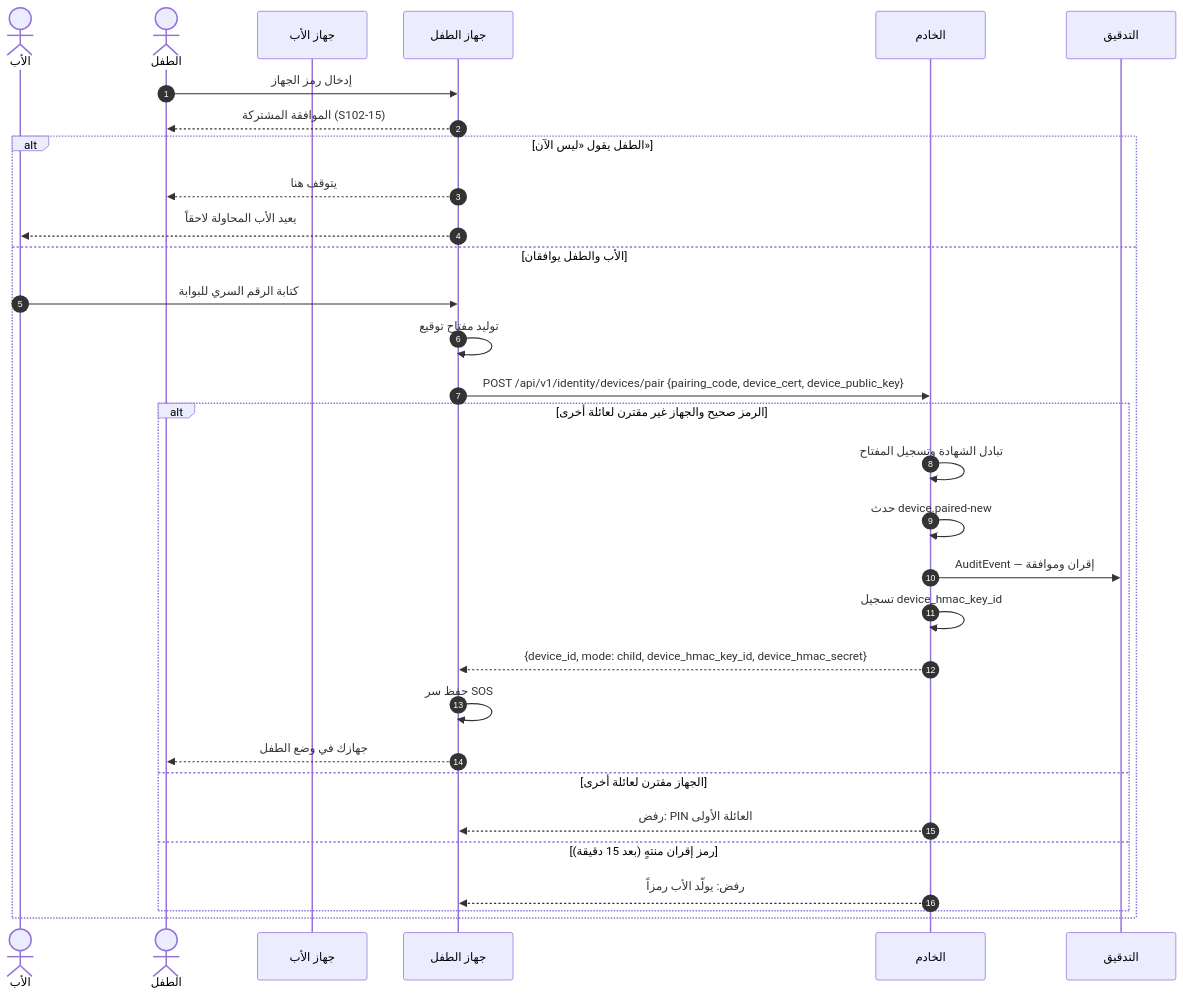
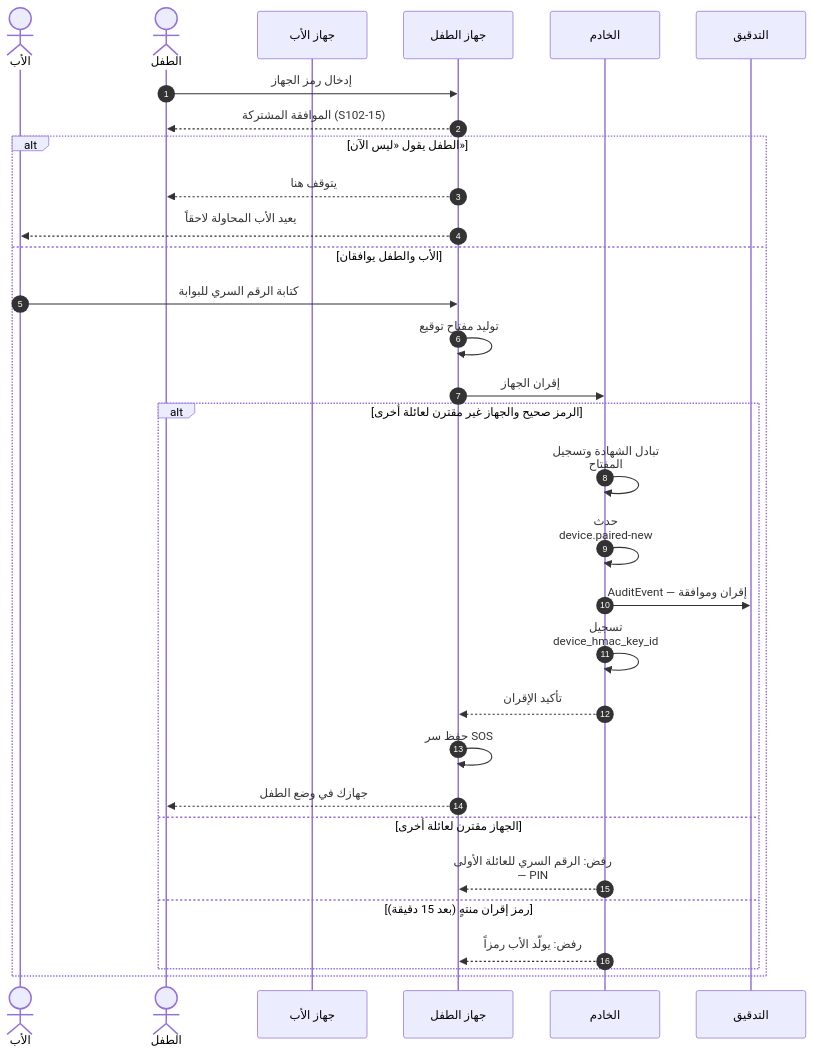
One commit to Bassam-mohammed-alqaeadi/family-os-v2 changed the tenth of 36 diagrams in docs/family-os/governance/phases/phase-1/S1-02-identity-and-onboarding/DIAGRAMS.md. Above: the diagram before and after it, drawn with Mermaid. The commit also changed other lines of this file, not shown here.

````diff
--- a/docs/family-os/governance/phases/phase-1/S1-02-identity-and-onboarding/DIAGRAMS.md
+++ b/docs/family-os/governance/phases/phase-1/S1-02-identity-and-onboarding/DIAGRAMS.md
@@ -468,33 +489,34 @@
 ```mermaid
+%%{init: {"sequence": {"wrap": true}}}%%
 sequenceDiagram
     autonumber
     actor Father as الأب
     actor Child as الطفل
     participant ParentApp as جهاز الأب
     participant ChildApp as جهاز الطفل
     participant Ktor as الخادم
     participant Audit as التدقيق
     Child->>ChildApp: إدخال رمز الجهاز
     ChildApp-->>Child: الموافقة المشتركة (S102-15)
     alt الطفل يقول «ليس الآن»
         ChildApp-->>Child: يتوقف هنا
         ChildApp-->>Father: يعيد الأب المحاولة لاحقاً
     else الأب والطفل يوافقان
         Father->>ChildApp: كتابة الرقم السري للبوابة
         ChildApp->>ChildApp: توليد مفتاح توقيع
-        ChildApp->>Ktor: POST /api/v1/identity/devices/pair {pairing_code, device_cert, device_public_key}
+        ChildApp->>Ktor: إقران الجهاز
         alt الرمز صحيح والجهاز غير مقترن لعائلة أخرى
             Ktor->>Ktor: تبادل الشهادة وتسجيل المفتاح
             Ktor->>Ktor: حدث device.paired-new
             Ktor->>Audit: AuditEvent — إقران وموافقة
             Ktor->>Ktor: تسجيل device_hmac_key_id
-            Ktor-->>ChildApp: {device_id, mode: child, device_hmac_key_id, device_hmac_secret}
+            Ktor-->>ChildApp: تأكيد الإقران
             ChildApp->>ChildApp: حفظ سر SOS
             ChildApp-->>Child: جهازك في وضع الطفل
         else الجهاز مقترن لعائلة أخرى
-            Ktor-->>ChildApp: رفض: PIN العائلة الأولى
+            Ktor-->>ChildApp: رفض: الرقم السري للعائلة الأولى — PIN
         else رمز إقران منتهٍ (بعد 15 دقيقة)
             Ktor-->>ChildApp: رفض: يولّد الأب رمزاً
         end
     end
 ```
````
